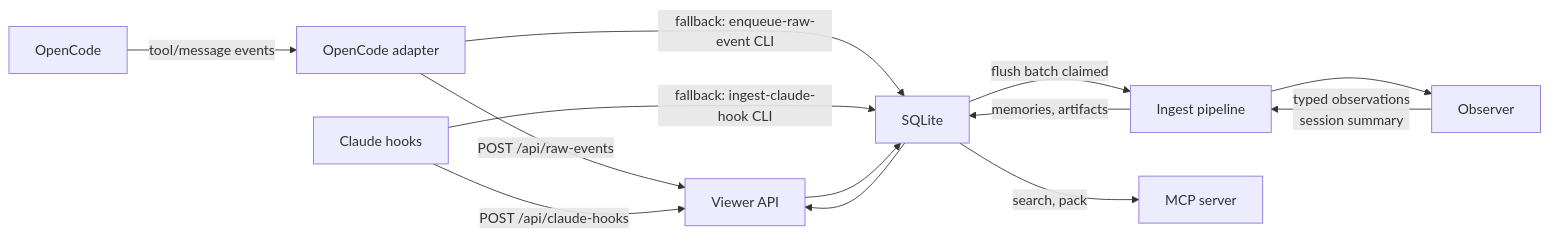
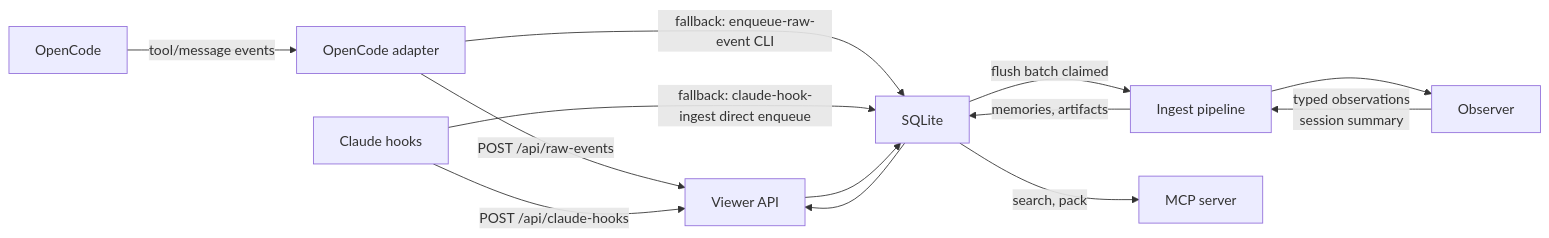
The first of 4 diagrams in docs/architecture.md (kunickiaj/codemem), drawn with Mermaid before and after one commit. The commit also changed other lines of this file and 5 other files, not shown here.

Commit message:
feat(cli): formalize claude-hook-ingest HTTP and direct fallback contract

````diff
--- a/docs/architecture.md
+++ b/docs/architecture.md
@@ -19,15 +19,15 @@
 ```mermaid
 flowchart LR
     OC["OpenCode"] -->|tool/message events| OCA["OpenCode adapter"]
     OCA -->|POST /api/raw-events| VW["Viewer API"]
     OCA -->|fallback: enqueue-raw-event CLI| DB
     CH["Claude hooks"] -->|POST /api/claude-hooks| VW
-    CH -->|fallback: ingest-claude-hook CLI| DB
+    CH -->|fallback: claude-hook-ingest direct enqueue| DB
     VW --> DB["SQLite"]
     DB -->|flush batch claimed| IN["Ingest pipeline"]
     IN --> OB["Observer"]
     OB -->|typed observations\nsession summary| IN
     IN -->|memories, artifacts| DB
     DB -->|search, pack| MCP["MCP server"]
     DB --> VW
 ```
````
